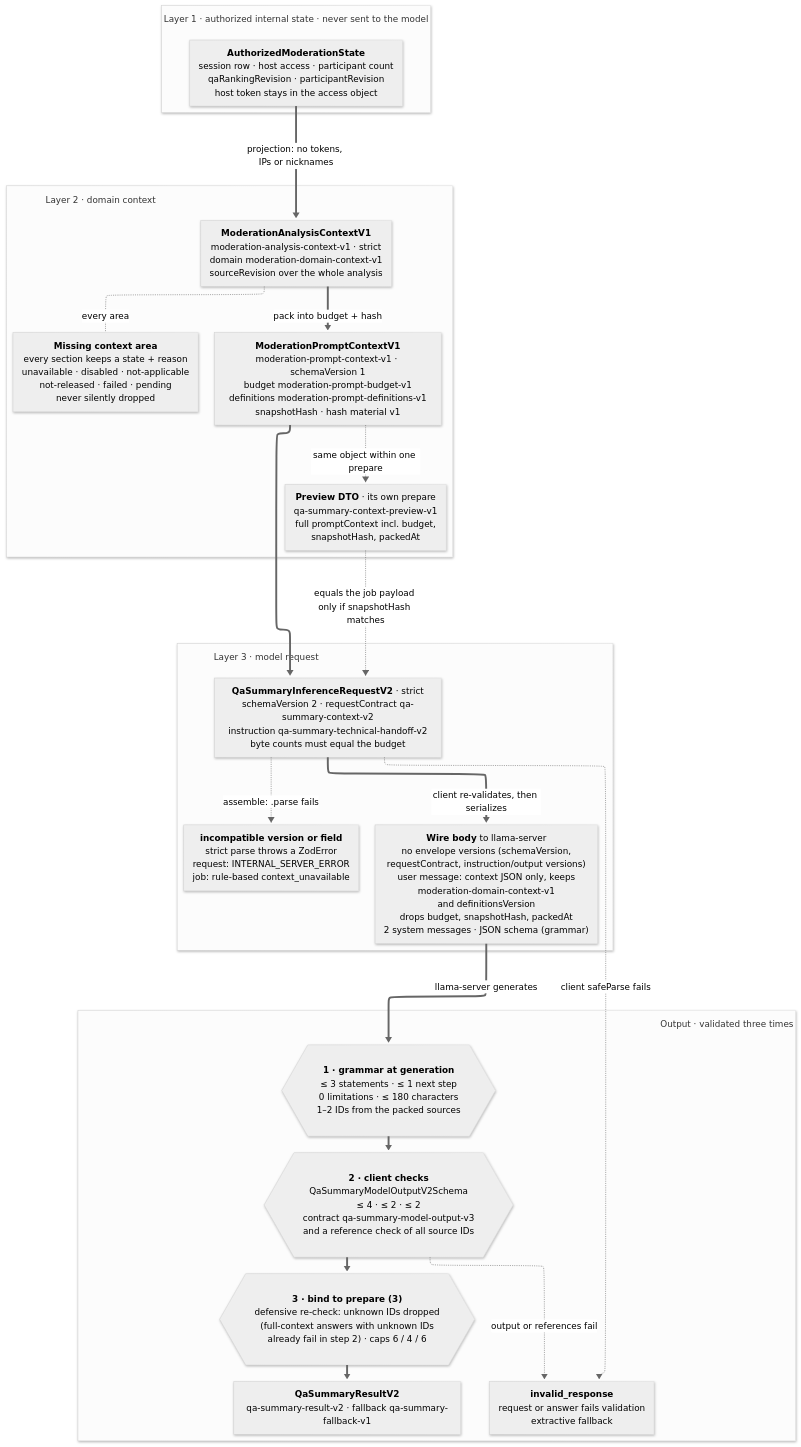
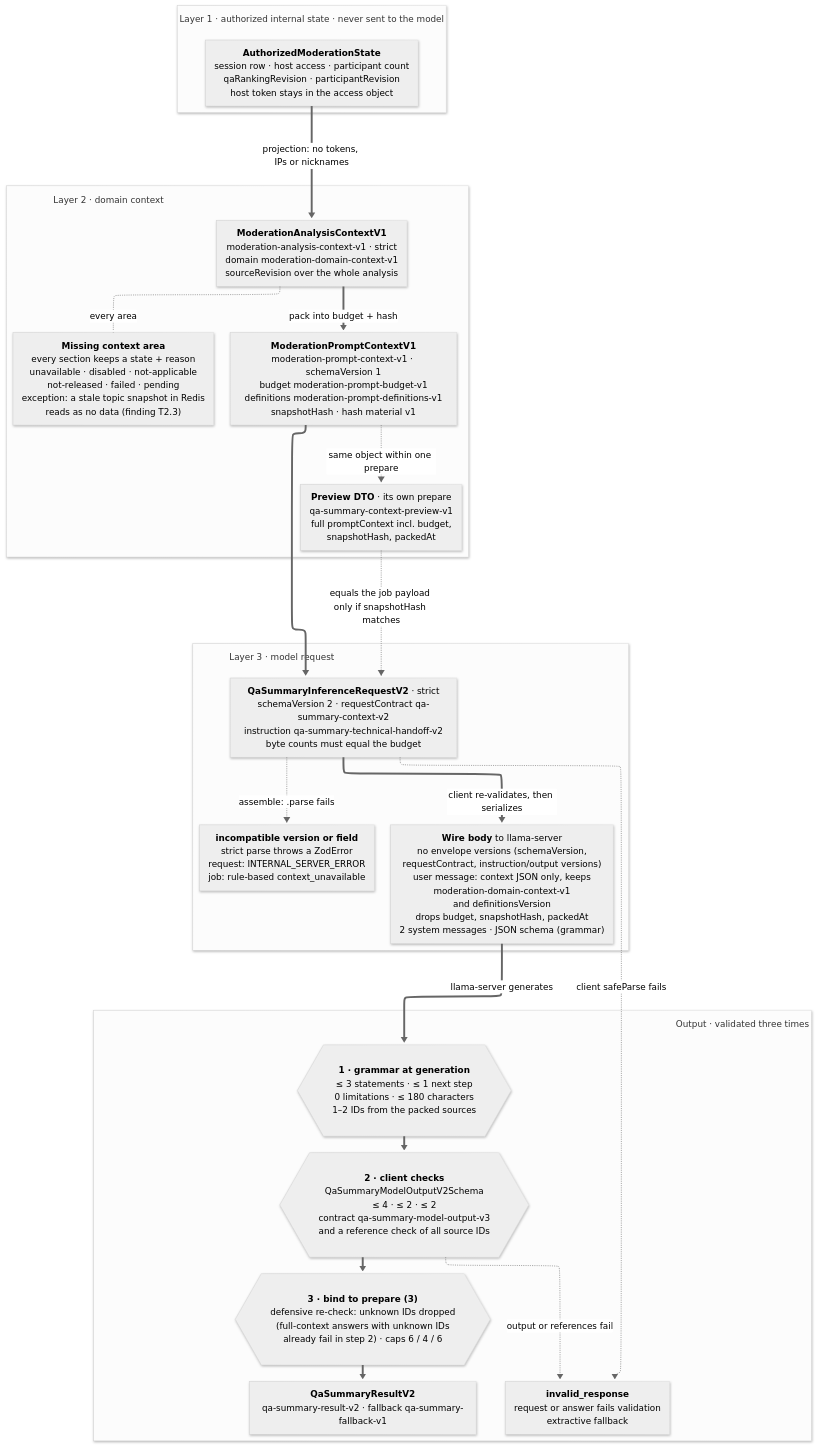
The diagram in docs/referat-thema-1/diagrams/1c-contract-layers.mmd (NiklasSkulll/arsnova.eu), drawn with Mermaid (neutral theme) before and after one commit. The commit also changed 14 other files, not shown here.

Commit message:
docs(referat): correct 1C diagram details and stale workflow statements after second review

```diff
--- a/docs/referat-thema-1/diagrams/1c-contract-layers.mmd
+++ b/docs/referat-thema-1/diagrams/1c-contract-layers.mmd
@@ -1,113 +1,114 @@
 ---
 config:
   look: neo
   layout: elk
   flowchart:
     curve: basis
     nodeSpacing: 36
     rankSpacing: 44
     wrappingWidth: 380
     subGraphTitleMargin:
       top: 14
       bottom: 10
 ---
 flowchart TB
   subgraph L1["Layer 1 · authorized internal state · never sent to the model"]
     st["`**AuthorizedModerationState**
     session row · host access · participant count
     qaRankingRevision · participantRevision
     host token stays in the access object`"]
   end
 
   subgraph L2["Layer 2 · domain context⠀⠀⠀⠀⠀⠀⠀⠀⠀⠀⠀⠀⠀⠀⠀⠀⠀⠀⠀⠀⠀⠀⠀⠀⠀⠀⠀⠀⠀⠀⠀⠀⠀⠀⠀⠀⠀⠀⠀⠀"]
     ana["`**ModerationAnalysisContextV1**
     moderation-analysis-context-v1 · strict
     domain moderation-domain-context-v1
     sourceRevision over the whole analysis`"]
     pc["`**ModerationPromptContextV1**
     moderation-prompt-context-v1 · schemaVersion 1
     budget moderation-prompt-budget-v1
     definitions moderation-prompt-definitions-v1
     snapshotHash · hash material v1`"]
     miss["`**Missing context area**
     every section keeps a state + reason
     unavailable · disabled · not-applicable
     not-released · failed · pending
-    never silently dropped`"]
+    exception: a stale topic snapshot in Redis
+    reads as no data (finding T2.3)`"]
     pvw["`**Preview DTO** · its own prepare
     qa-summary-context-preview-v1
     full promptContext incl. budget,
     snapshotHash, packedAt`"]
   end
 
   subgraph L3["Layer 3 · model request⠀⠀⠀⠀⠀⠀⠀⠀⠀⠀⠀⠀⠀⠀⠀⠀⠀⠀⠀⠀⠀⠀⠀⠀⠀⠀⠀⠀⠀⠀⠀⠀⠀⠀⠀⠀⠀⠀⠀⠀"]
     req["`**QaSummaryInferenceRequestV2** · strict
     schemaVersion 2 · requestContract qa-summary-context-v2
     instruction qa-summary-technical-handoff-v2
     byte counts must equal the budget`"]
     wire["`**Wire body** to llama-server
     no envelope versions (schemaVersion,
     requestContract, instruction/output versions)
     user message: context JSON only, keeps
     moderation-domain-context-v1
     and definitionsVersion
     drops budget, snapshotHash, packedAt
     2 system messages · JSON schema (grammar)`"]
     n1["`**incompatible version or field**
     strict parse throws a ZodError
     request: INTERNAL_SERVER_ERROR
     job: rule-based context_unavailable`"]
   end
 
   subgraph L4["⠀⠀⠀⠀⠀⠀⠀⠀⠀⠀⠀⠀⠀⠀⠀⠀⠀⠀⠀⠀⠀⠀⠀⠀⠀⠀⠀⠀⠀⠀⠀⠀⠀⠀⠀⠀⠀⠀⠀⠀⠀⠀⠀⠀⠀⠀⠀⠀⠀⠀⠀⠀⠀⠀⠀⠀⠀⠀⠀⠀⠀⠀⠀⠀⠀⠀⠀⠀⠀⠀⠀⠀⠀⠀⠀⠀⠀⠀⠀⠀⠀⠀⠀⠀⠀⠀⠀⠀⠀⠀Output · validated three times"]
     gram{{"`**1 · grammar at generation**
     ≤ 3 statements · ≤ 1 next step
     0 limitations · ≤ 180 characters
     1–2 IDs from the packed sources`"}}
     zod{{"`**2 · client checks**
     QaSummaryModelOutputV2Schema
     ≤ 4 · ≤ 2 · ≤ 2
     contract qa-summary-model-output-v3
     and a reference check of all source IDs`"}}
     bind{{"`**3 · bind to prepare (3)**
     defensive re-check: unknown IDs dropped
     (full-context answers with unknown IDs
     already fail in step 2) · caps 6 / 4 / 6`"}}
     res["`**QaSummaryResultV2**
     qa-summary-result-v2 · fallback qa-summary-fallback-v1`"]
     n2["`**invalid_response**
     request or answer fails validation
     extractive fallback`"]
   end
 
 
   st e1@==>|"projection: no tokens, IPs or nicknames"| ana
   ana e2@==>|"pack into budget + hash"| pc
   pc e3@-.->|"same object within one prepare"| pvw
   pvw e13@-.->|"equals the job payload only if snapshotHash matches"| req
   ana e14@-.-|"every area"| miss
   pc e4@==> req
   req e5@==>|"client re-validates, then serializes"| wire
   wire e6@==>|"llama-server generates"| gram
   gram e7@==> zod
   zod e8@==> bind
   bind e9@==> res
   req e10@-.->|"assemble: .parse fails"| n1
   req e11@-.->|"client safeParse fails"| n2
   zod e12@-.->|"output or references fail"| n2
 
   class st app
   class ana,pc app
   class pvw,miss app
   class req,wire contract
   class gram,zod,bind decision
   class res result
   class n1,n2 fallback
   class L1 queueGroup
   class L2 appGroup
   class L3 contractGroup
   class L4 appGroup
   class e1,e2,e4,e5,e6,e7,e8,e9 emph
   class e10,e11,e12 fail
   class e3,e13,e14 muted
 %% palette
```
